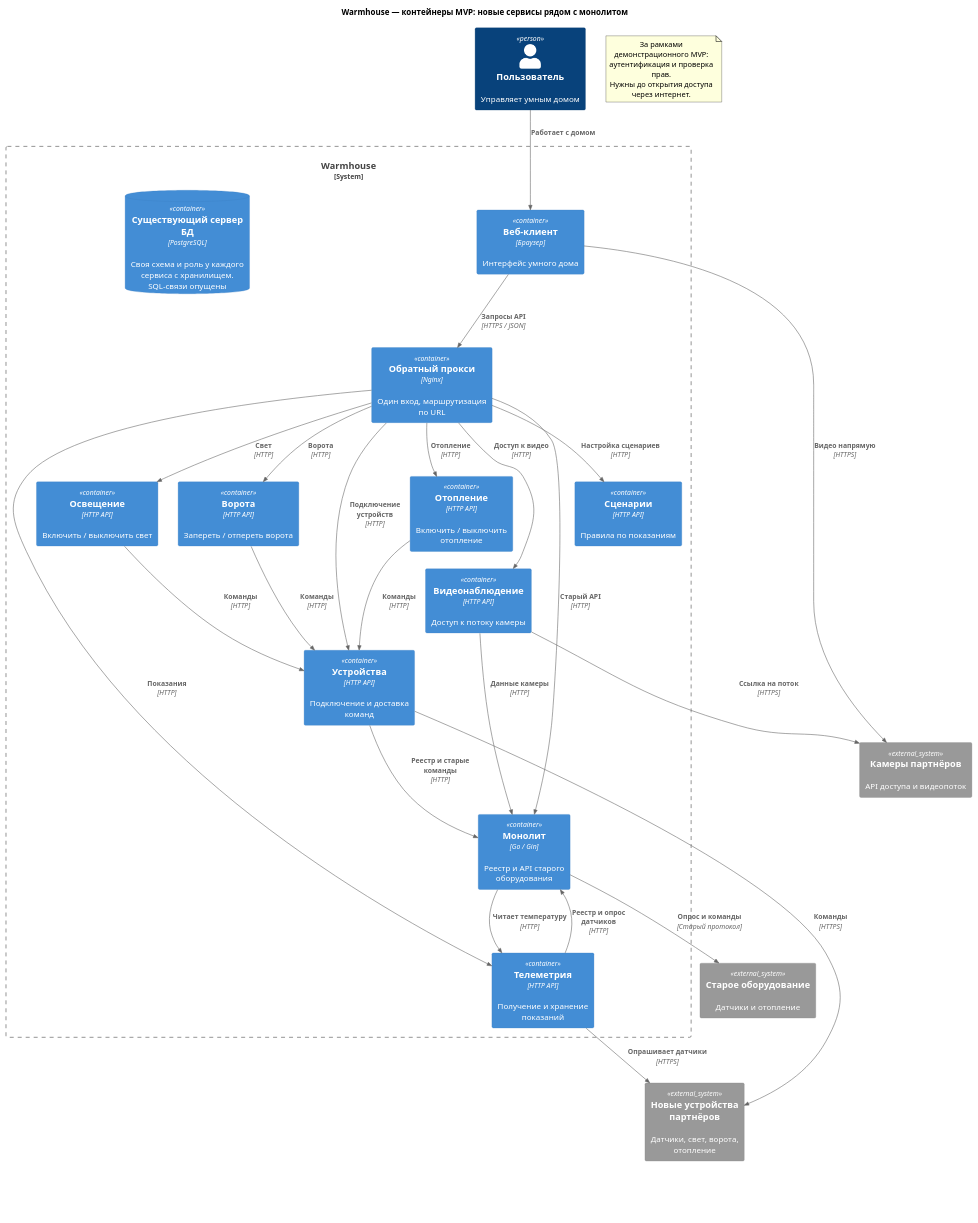
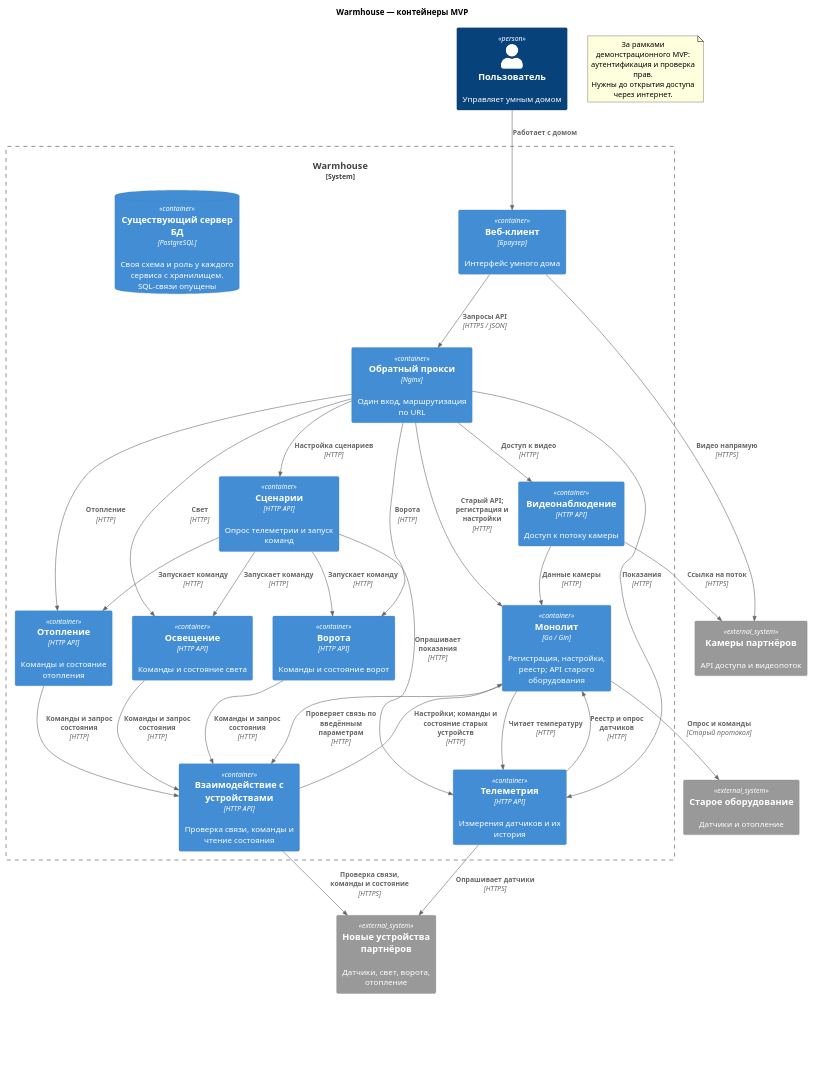
Before and after one commit to AndyMcFishka/architecture-pro-warmhouse: the diagram in diagrams/to-be-containers.puml, drawn with PlantUML. The commit also changed 2 other files, not shown here.

Commit message:
Adopt monolith registration architecture and clarify scenario flows

```diff
--- a/diagrams/to-be-containers.puml
+++ b/diagrams/to-be-containers.puml
@@ -1,64 +1,69 @@
 @startuml
 !include <C4/C4_Container>
 
-title Warmhouse — контейнеры MVP: новые сервисы рядом с монолитом
+title Warmhouse — контейнеры MVP
 LAYOUT_TOP_DOWN()
 
 Person(user, "Пользователь", "Управляет умным домом")
 
 System_Boundary(platform, "Warmhouse") {
     Container(web, "Веб-клиент", "Браузер", "Интерфейс умного дома")
     Container(proxy, "Обратный прокси", "Nginx", "Один вход, маршрутизация по URL")
-    Container(monolith, "Монолит", "Go / Gin", "Реестр и API старого оборудования")
-    Container(devices, "Устройства", "HTTP API", "Подключение и доставка команд")
-    Container(telemetry, "Телеметрия", "HTTP API", "Получение и хранение показаний")
-    Container(heating, "Отопление", "HTTP API", "Включить / выключить отопление")
-    Container(lighting, "Освещение", "HTTP API", "Включить / выключить свет")
-    Container(gates, "Ворота", "HTTP API", "Запереть / отпереть ворота")
+    Container(monolith, "Монолит", "Go / Gin", "Регистрация, настройки, реестр; API старого оборудования")
+    Container(connectivity, "Взаимодействие с устройствами", "HTTP API", "Проверка связи, команды и чтение состояния")
+    Container(telemetry, "Телеметрия", "HTTP API", "Измерения датчиков и их история")
+    Container(heating, "Отопление", "HTTP API", "Команды и состояние отопления")
+    Container(lighting, "Освещение", "HTTP API", "Команды и состояние света")
+    Container(gates, "Ворота", "HTTP API", "Команды и состояние ворот")
     Container(video, "Видеонаблюдение", "HTTP API", "Доступ к потоку камеры")
-    Container(rules, "Сценарии", "HTTP API", "Правила по показаниям")
+    Container(rules, "Сценарии", "HTTP API", "Опрос телеметрии и запуск команд")
     ContainerDb(db, "Существующий сервер БД", "PostgreSQL", "Своя схема и роль у каждого сервиса с хранилищем. SQL-связи опущены")
 }
 
 System_Ext(legacy, "Старое оборудование", "Датчики и отопление")
 System_Ext(equipment, "Новые устройства партнёров", "Датчики, свет, ворота, отопление")
 System_Ext(camera, "Камеры партнёров", "API доступа и видеопоток")
 
 Rel(user, web, "Работает с домом")
 Rel(web, proxy, "Запросы API", "HTTPS / JSON")
-Rel(proxy, monolith, "Старый API", "HTTP")
-Rel(proxy, devices, "Подключение устройств", "HTTP")
+Rel(proxy, monolith, "Старый API; регистрация и настройки", "HTTP")
 Rel(proxy, telemetry, "Показания", "HTTP")
 Rel(proxy, heating, "Отопление", "HTTP")
 Rel(proxy, lighting, "Свет", "HTTP")
 Rel(proxy, gates, "Ворота", "HTTP")
 Rel(proxy, video, "Доступ к видео", "HTTP")
 Rel(proxy, rules, "Настройка сценариев", "HTTP")
 
 Rel(monolith, telemetry, "Читает температуру", "HTTP")
-Rel(devices, monolith, "Реестр и старые команды", "HTTP")
+Rel(connectivity, monolith, "Настройки; команды и состояние старых устройств", "HTTP")
+Rel(monolith, connectivity, "Проверяет связь по введённым параметрам", "HTTP")
 Rel(telemetry, monolith, "Реестр и опрос датчиков", "HTTP")
 Rel(monolith, legacy, "Опрос и команды", "Старый протокол")
 Rel(telemetry, equipment, "Опрашивает датчики", "HTTPS")
-Rel(heating, devices, "Команды", "HTTP")
-Rel(lighting, devices, "Команды", "HTTP")
-Rel(gates, devices, "Команды", "HTTP")
-Rel(devices, equipment, "Команды", "HTTPS")
+Rel(heating, connectivity, "Команды и запрос состояния", "HTTP")
+Rel(lighting, connectivity, "Команды и запрос состояния", "HTTP")
+Rel(gates, connectivity, "Команды и запрос состояния", "HTTP")
+Rel(connectivity, equipment, "Проверка связи, команды и состояние", "HTTPS")
 Rel(video, monolith, "Данные камеры", "HTTP")
 Rel(video, camera, "Ссылка на поток", "HTTPS")
 Rel(web, camera, "Видео напрямую", "HTTPS")
+Rel(rules, telemetry, "Опрашивает показания", "HTTP")
+Rel(rules, heating, "Запускает команду", "HTTP")
+Rel(rules, lighting, "Запускает команду", "HTTP")
+Rel(rules, gates, "Запускает команду", "HTTP")
 
 
 note as auth_scope
   За рамками демонстрационного MVP:
   аутентификация и проверка прав.
   Нужны до открытия доступа через интернет.
 end note
 
 legend bottom
   Межсервисные вызовы — HTTP, без брокера.
-  Сценарии читают телеметрию и вызывают отопление, свет и ворота;
-  эти связи и SQL-связи опущены для читаемости.
+  SQL-связи опущены для читаемости.
+  Сценарии реагируют только на измерения датчиков.
+  Ответы на запросы состояния возвращаются по тем же HTTP-вызовам.
   Проект демонстрационного MVP, запуск в изолированной среде.
 endlegend
 @enduml
```
